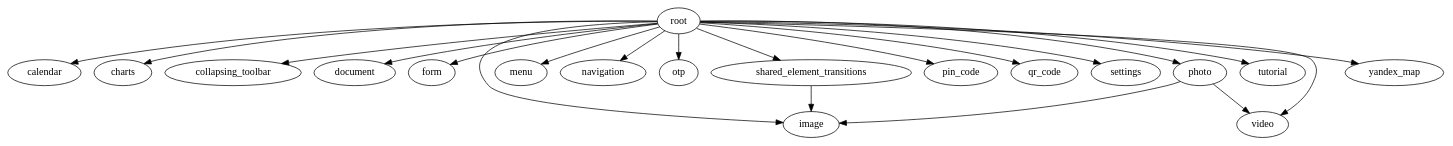
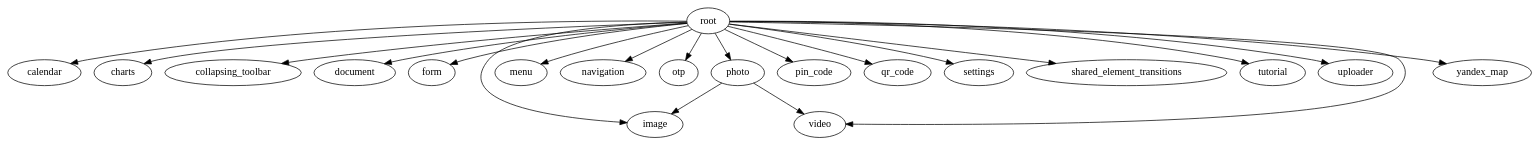
One commit to VitalyPerm/MobileUp-Android-Samples changed the diagram in features/module_graph/modules.dot. Above: the diagram before and after it, drawn with Graphviz. The commit also changed 31 other files, not shown here.

```diff
--- a/features/module_graph/modules.dot
+++ b/features/module_graph/modules.dot
@@ -1,40 +1,41 @@
 digraph {
 calendar
 charts
 collapsing_toolbar
 document
 form
 image
 menu
 navigation
 otp
 photo
 pin_code
 qr_code
 root
 settings
 shared_element_transitions
 tutorial
+uploader
 video
 yandex_map
 photo -> image
 photo -> video
 root -> calendar
 root -> charts
 root -> collapsing_toolbar
 root -> document
 root -> form
 root -> image
 root -> menu
 root -> navigation
 root -> otp
 root -> photo
 root -> pin_code
 root -> qr_code
 root -> settings
 root -> shared_element_transitions
 root -> tutorial
+root -> uploader
 root -> video
 root -> yandex_map
-shared_element_transitions -> image
 }
```
